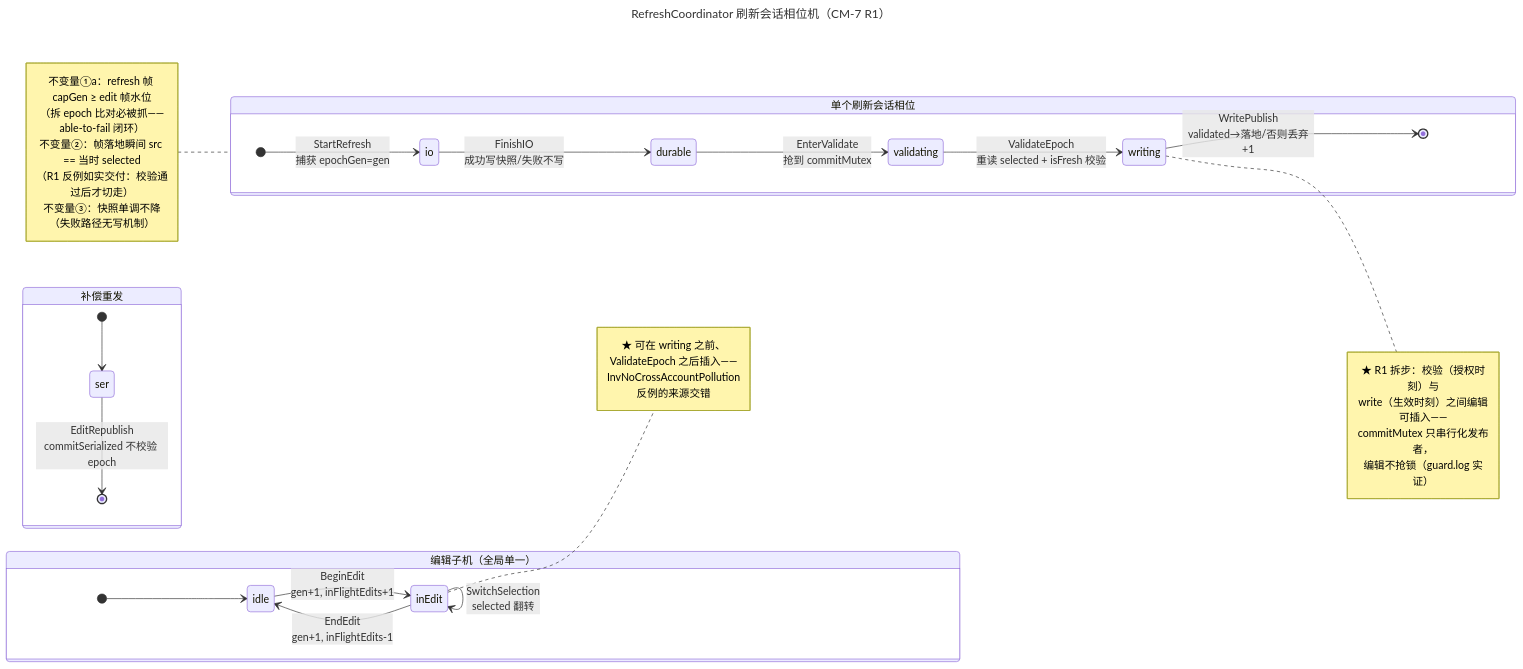
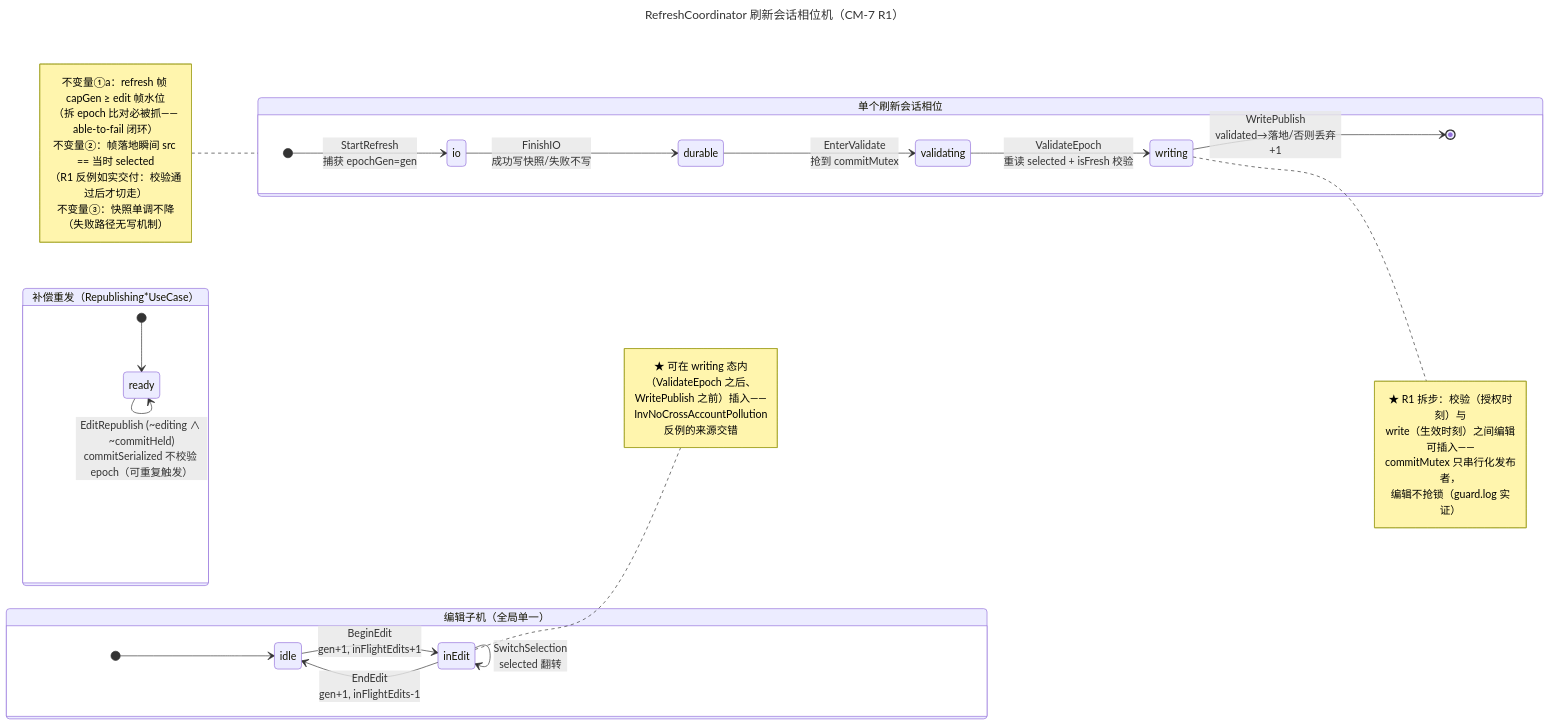
The diagram in docs/formal/refresh-coordinator.mmd (KyoMio/CodexMeter), drawn with Mermaid before and after one commit. The commit also changed 53 other files, not shown here.

```diff
--- a/docs/formal/refresh-coordinator.mmd
+++ b/docs/formal/refresh-coordinator.mmd
@@ -1,41 +1,41 @@
 ---
 title: "RefreshCoordinator 刷新会话相位机（CM-7 R1）"
 ---
 stateDiagram-v2
   direction LR
   state "单个刷新会话相位" as session {
     [*] --> io: StartRefresh<br/>捕获 epochGen=gen
     io --> durable: FinishIO<br/>成功写快照/失败不写
     durable --> validating: EnterValidate<br/>抢到 commitMutex
     validating --> writing: ValidateEpoch<br/>重读 selected + isFresh 校验
     writing --> [*]: WritePublish<br/>validated→落地/否则丢弃+1
     note right of writing
       ★ R1 拆步：校验（授权时刻）与
       write（生效时刻）之间编辑可插入——
       commitMutex 只串行化发布者，
       编辑不抢锁（guard.log 实证）
     end note
   }
   state "编辑子机（全局单一）" as editing {
     [*] --> idle
     idle --> inEdit: BeginEdit<br/>gen+1, inFlightEdits+1
     inEdit --> inEdit: SwitchSelection<br/>selected 翻转
     inEdit --> idle: EndEdit<br/>gen+1, inFlightEdits-1
     note right of inEdit
-      ★ 可在 writing 之前、
-      ValidateEpoch 之后插入——
+      ★ 可在 writing 态内（ValidateEpoch 之后、
+      WritePublish 之前）插入——
       InvNoCrossAccountPollution
       反例的来源交错
     end note
   }
-  state "补偿重发" as republish {
-    [*] --> ser
-    ser --> [*]: EditRepublish<br/>commitSerialized 不校验 epoch
+  state "补偿重发（Republishing*UseCase）" as republish {
+    [*] --> ready
+    ready --> ready: EditRepublish (~editing ∧ ~commitHeld)<br/>commitSerialized 不校验 epoch（可重复触发）
   }
   note left of session
     不变量①a：refresh 帧 capGen ≥ edit 帧水位
     （拆 epoch 比对必被抓——able-to-fail 闭环）
     不变量②：帧落地瞬间 src == 当时 selected
     （R1 反例如实交付：校验通过后才切走）
     不变量③：快照单调不降（失败路径无写机制）
   end note
```
